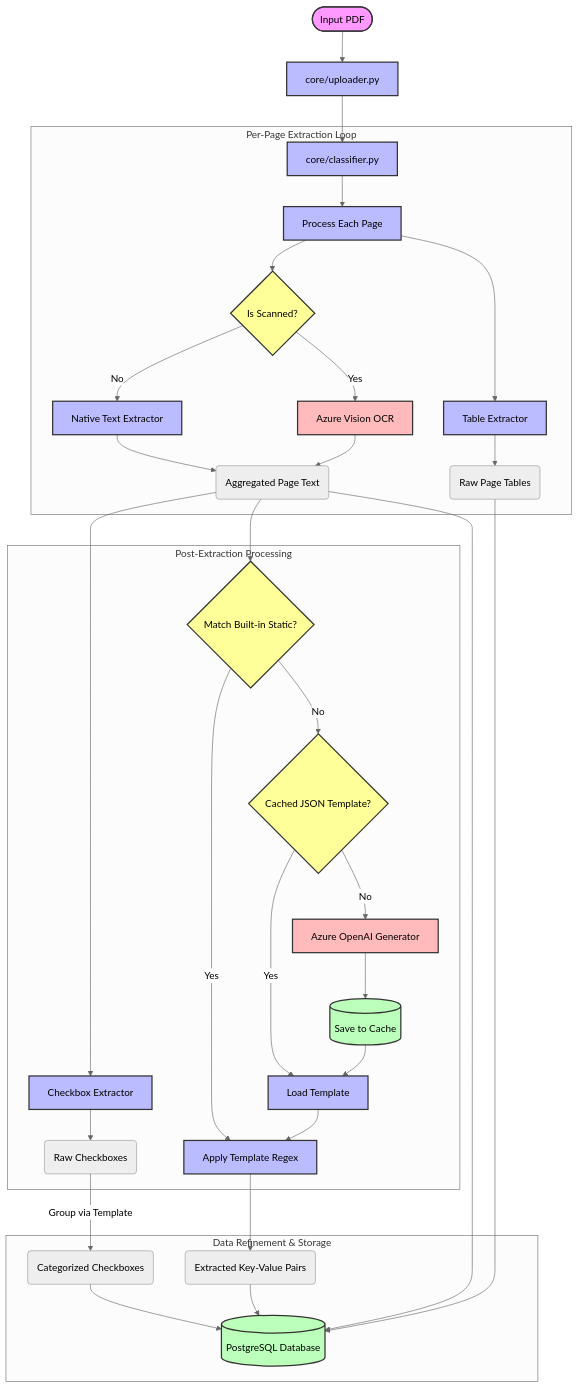
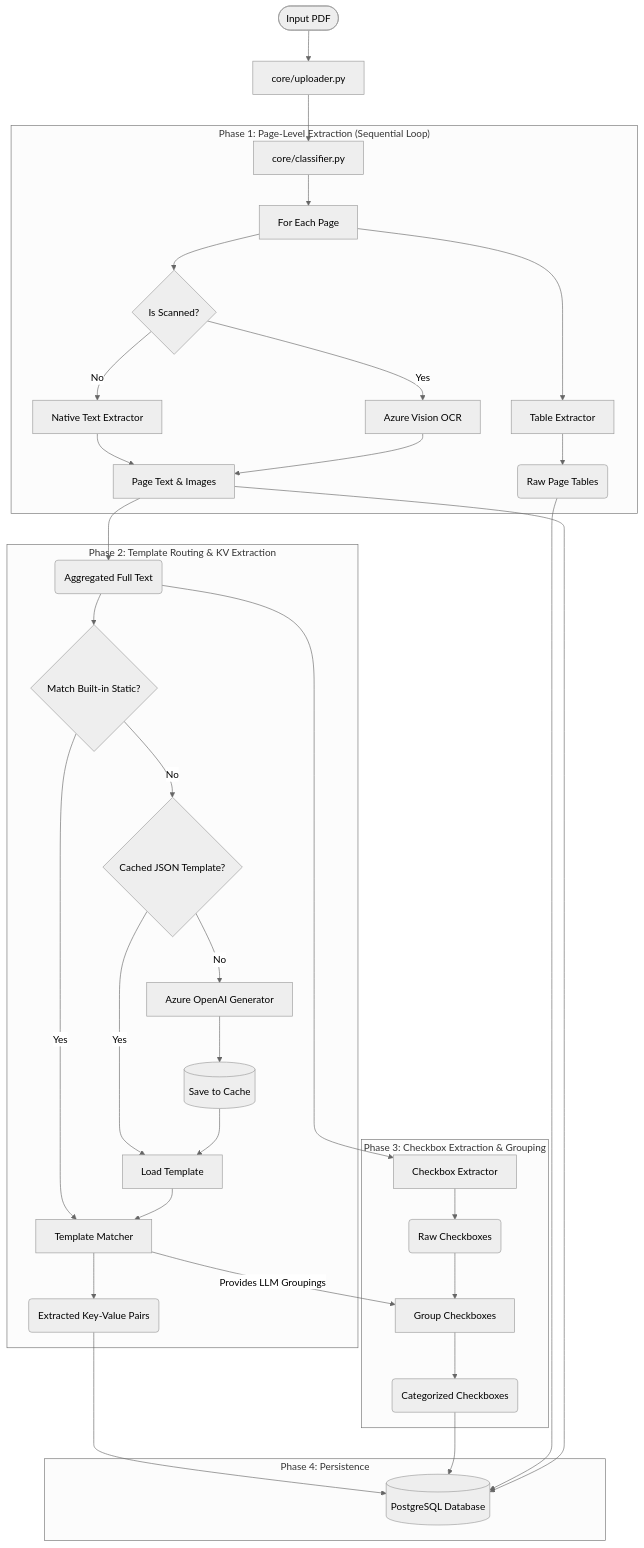
The first of 2 diagrams in technical_documentation.md (neogi5043/Unstra_Ingestor), drawn with Mermaid (neutral theme) before and after one commit.

Commit message:
technical_doc_v4

````diff
--- a/technical_documentation.md
+++ b/technical_documentation.md
@@ -14,53 +14,53 @@
 ```mermaid
 flowchart TD
-    %% Define Styles
-    classDef io fill:#f9f,stroke:#333,stroke-width:2px;
-    classDef process fill:#bbf,stroke:#333,stroke-width:2px;
-    classDef decision fill:#ff9,stroke:#333,stroke-width:2px;
-    classDef db fill:#bfb,stroke:#333,stroke-width:2px;
-    classDef external fill:#fbb,stroke:#333,stroke-width:2px;
+    InputPDF([Input PDF]) --> Uploader[core/uploader.py]
+    Uploader --> Classifier[core/classifier.py]
 
-    InputPDF([Input PDF]):::io --> Uploader[core/uploader.py]:::process
-    Uploader --> Classifier[core/classifier.py]:::process
-
-    subgraph "Per-Page Extraction Loop"
-        Classifier --> PageLoop[Process Each Page]:::process
+    subgraph "Phase 1: Page-Level Extraction (Sequential Loop)"
+        Classifier --> PageLoop[For Each Page]
         
-        PageLoop --> TextRouter{Is Scanned?}:::decision
-        TextRouter -->|No| NativeText[Native Text Extractor]:::process
-        TextRouter -->|Yes| AzureVision[Azure Vision OCR]:::external
+        PageLoop --> TextRouter{Is Scanned?}
+        TextRouter -->|No| NativeText[Native Text Extractor]
+        TextRouter -->|Yes| AzureVision[Azure Vision OCR]
         
-        NativeText --> PageText
-        AzureVision --> PageText(Aggregated Page Text)
+        NativeText --> PageText[Page Text & Images]
+        AzureVision --> PageText
         
-        PageLoop --> TableExt[Table Extractor]:::process
+        PageLoop --> TableExt[Table Extractor]
         TableExt --> RawTables(Raw Page Tables)
     end
 
-    subgraph "Post-Extraction Processing"
-        PageText --> CheckboxExt[Checkbox Extractor]:::process
+    subgraph "Phase 2: Template Routing & KV Extraction"
+        PageText --> FullText(Aggregated Full Text)
+        
+        FullText --> TempRouter{Match Built-in Static?}
+        
+        TempRouter -->|No| CacheCheck{Cached JSON Template?}
+        CacheCheck -->|Yes| LoadCache[Load Template]
+        
+        CacheCheck -->|No| LLMGen[Azure OpenAI Generator]
+        LLMGen --> SaveCache[(Save to Cache)]
+        SaveCache --> LoadCache
+        
+        TempRouter -->|Yes| ExecTemplate[Template Matcher]
+        LoadCache --> ExecTemplate
+        
+        ExecTemplate --> KVPairs(Extracted Key-Value Pairs)
+    end
+
+    subgraph "Phase 3: Checkbox Extraction & Grouping"
+        FullText --> CheckboxExt[Checkbox Extractor]
         CheckboxExt --> RawCheckboxes(Raw Checkboxes)
         
-        PageText --> TempRouter{Match Built-in Static?}:::decision
-        TempRouter -->|Yes| ExecTemplate[Apply Template Regex]:::process
-        
-        TempRouter -->|No| CacheCheck{Cached JSON Template?}:::decision
-        CacheCheck -->|Yes| LoadCache[Load Template]:::process
-        
-        CacheCheck -->|No| LLMGen[Azure OpenAI Generator]:::external
-        LLMGen --> SaveCache[(Save to Cache)]:::db
-        SaveCache --> LoadCache
-        
-        LoadCache --> ExecTemplate
+        ExecTemplate -->|Provides LLM Groupings| CheckboxGroup[Group Checkboxes]
+        RawCheckboxes --> CheckboxGroup
+        CheckboxGroup --> RefinedCheckboxes(Categorized Checkboxes)
     end
 
-    subgraph "Data Refinement & Storage"
-        ExecTemplate --> KVPairs(Extracted Key-Value Pairs)
-        RawCheckboxes -->|Group via Template| RefinedCheckboxes(Categorized Checkboxes)
-        
-        KVPairs --> DB[(PostgreSQL Database)]:::db
+    subgraph "Phase 4: Persistence"
+        KVPairs --> DB[(PostgreSQL Database)]
         RefinedCheckboxes --> DB
         RawTables --> DB
         PageText --> DB
     end
 ```
````
